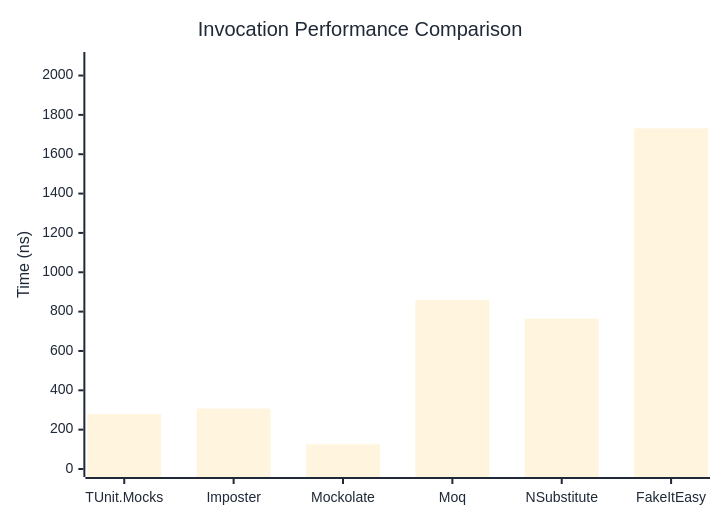
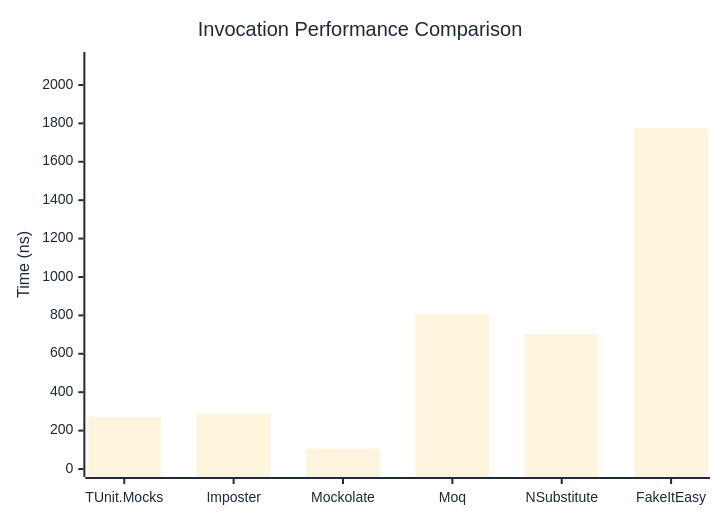
One commit to thomhurst/TUnit changed the first of 3 diagrams in docs/docs/benchmarks/mocks/Invocation.md. Above: the diagram before and after it, drawn with Mermaid. The commit also changed other lines of this file and 14 other files, not shown here.

````diff
--- a/docs/docs/benchmarks/mocks/Invocation.md
+++ b/docs/docs/benchmarks/mocks/Invocation.md
@@ -30,27 +30,27 @@
 ```mermaid
 %%{init: {
   'theme':'base',
   'themeVariables': {
     'primaryColor': '#2563eb',
     'primaryTextColor': '#1f2937',
     'primaryBorderColor': '#1e40af',
     'lineColor': '#6b7280',
     'secondaryColor': '#7c3aed',
     'tertiaryColor': '#dc2626',
     'background': '#ffffff',
     'pie1': '#2563eb',
     'pie2': '#7c3aed',
     'pie3': '#dc2626',
     'pie4': '#f59e0b',
     'pie5': '#10b981',
     'pie6': '#06b6d4',
     'pie7': '#ec4899',
     'pie8': '#6366f1'
   }
 }}%%
 xychart-beta
   title "Invocation Performance Comparison"
   x-axis ["TUnit.Mocks", "Imposter", "Mockolate", "Moq", "NSubstitute", "FakeItEasy"]
-  y-axis "Time (ns)" 0 --> 2079
-  bar [279.1, 307.1, 125.5, 859.3, 764.5, 1731.7]
+  y-axis "Time (ns)" 0 --> 2130
+  bar [269.6, 287.6, 105.6, 806.9, 701.7, 1774.9]
 ```
````
